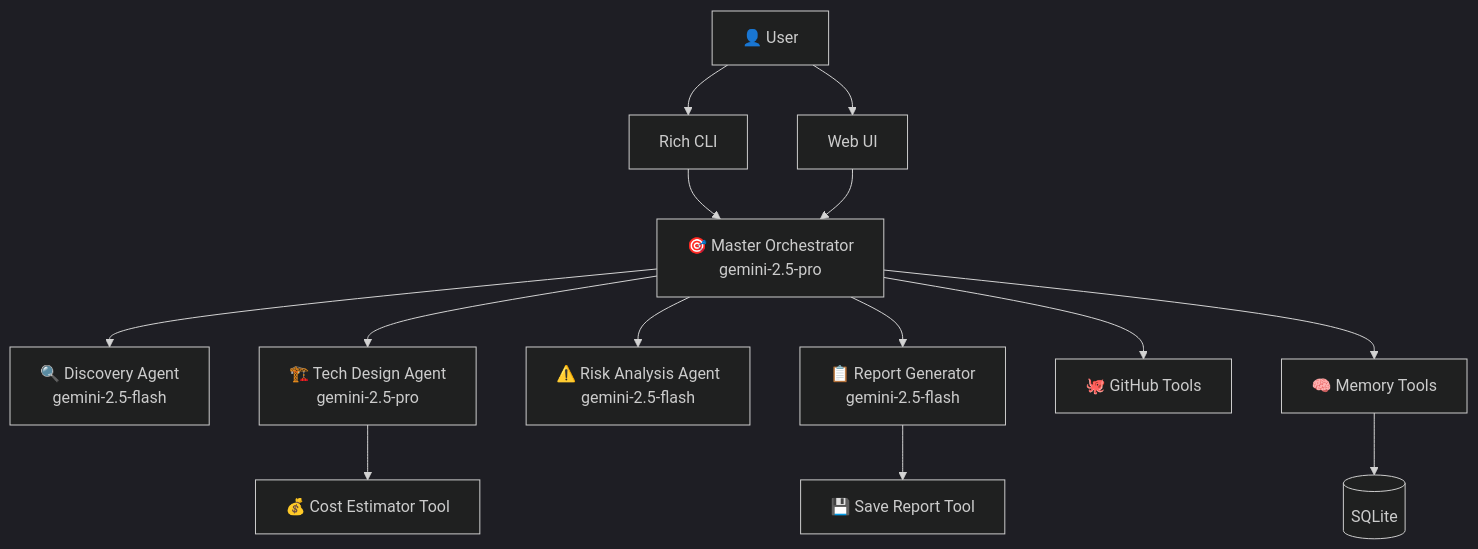
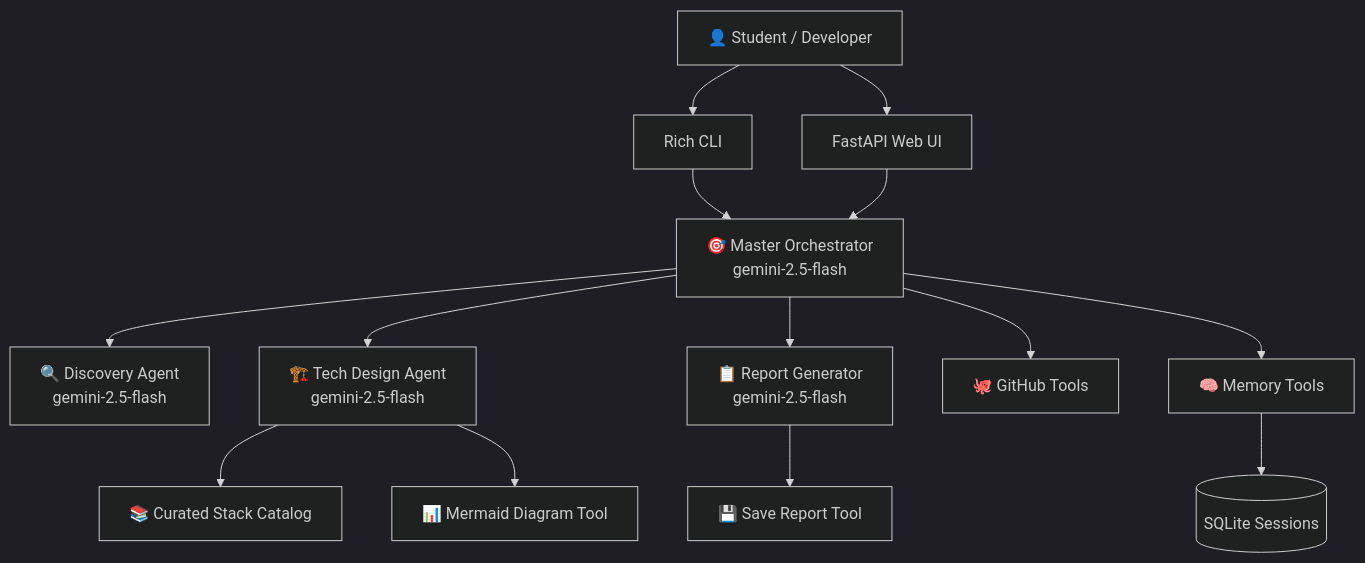
Before and after one commit to Laharsolanki/ProjectForge-AI: the diagram in README.md, drawn with Mermaid (dark theme). The commit also changed other lines of this file and 15 other files, not shown here.

Commit message:
feat: implement project discovery agent, GitHub integration tools, and cost estimation capabilities

````diff
--- a/README.md
+++ b/README.md
@@ -43,16 +41,16 @@
 ```mermaid
 graph TD
-    U[👤 User] --> CLI[Rich CLI]
-    U --> WEB[Web UI]
-    CLI --> ORCH[🎯 Master Orchestrator<br/>gemini-2.5-pro]
+    U[👤 Student / Developer] --> CLI[Rich CLI]
+    U --> WEB[FastAPI Web UI]
+    CLI --> ORCH[🎯 Master Orchestrator<br/>gemini-2.5-flash]
     WEB --> ORCH
     ORCH --> DISC[🔍 Discovery Agent<br/>gemini-2.5-flash]
-    ORCH --> TECH[🏗️ Tech Design Agent<br/>gemini-2.5-pro]
-    ORCH --> RISK[⚠️ Risk Analysis Agent<br/>gemini-2.5-flash]
+    ORCH --> TECH[🏗️ Tech Design Agent<br/>gemini-2.5-flash]
     ORCH --> REPORT[📋 Report Generator<br/>gemini-2.5-flash]
-    TECH --> COST[💰 Cost Estimator Tool]
+    TECH --> CURATED[📚 Curated Stack Catalog]
+    TECH --> DIAGRAM[📊 Mermaid Diagram Tool]
     REPORT --> SAVE[💾 Save Report Tool]
     ORCH --> GH[🐙 GitHub Tools]
     ORCH --> MEM[🧠 Memory Tools]
-    MEM --> DB[(SQLite)]
+    MEM --> DB[(SQLite Sessions)]
 ```
````
